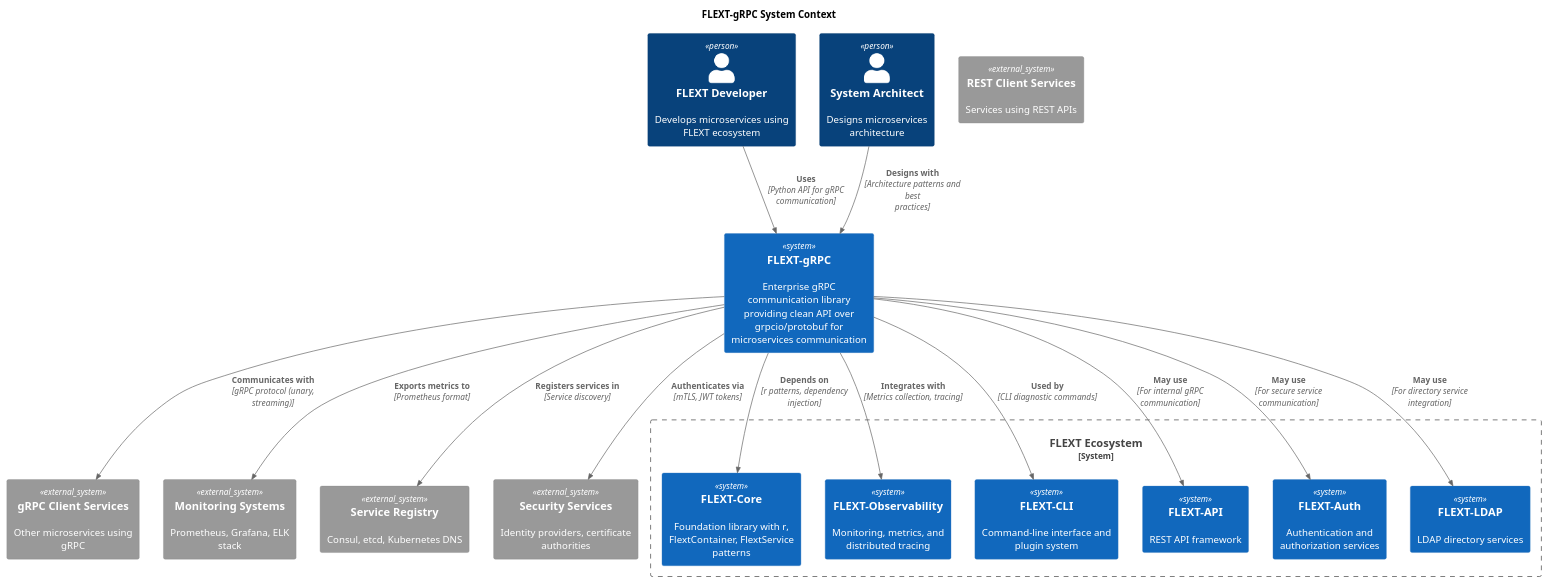
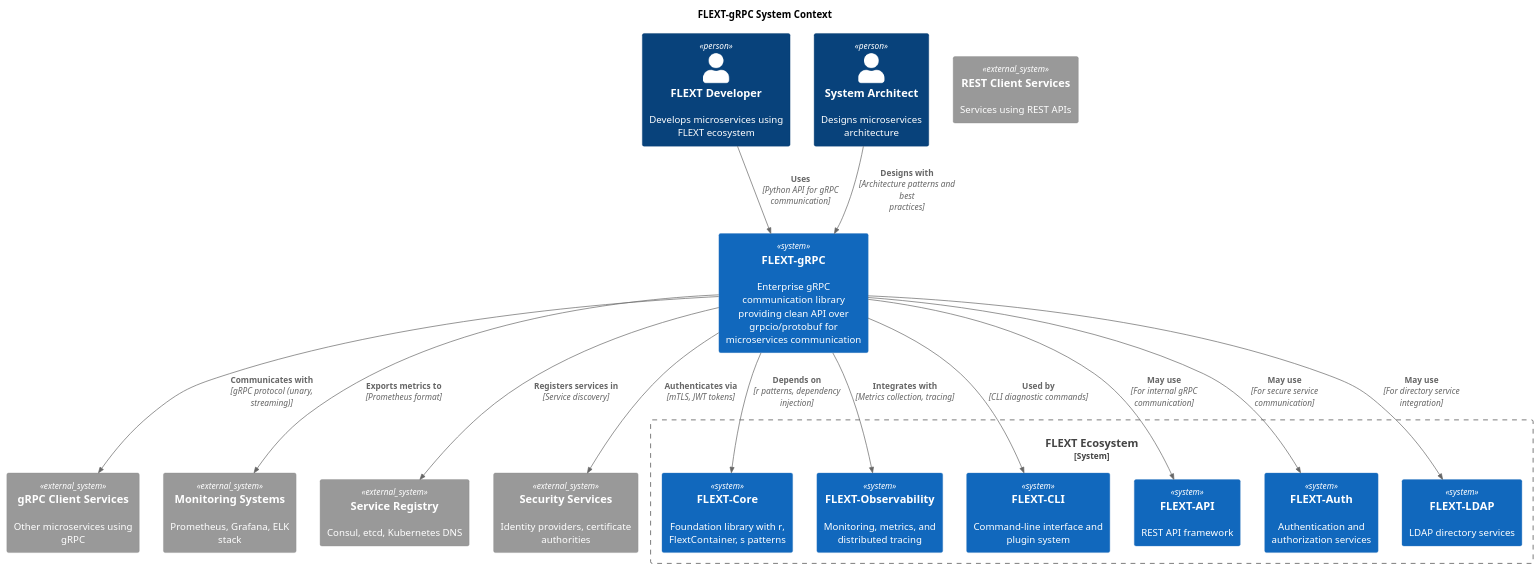
One commit to flext-sh/flext-grpc changed the diagram in docs/architecture/diagrams/context.puml. Above: the diagram before and after it, drawn with PlantUML. The commit also changed 18 other files, not shown here.

```diff
--- a/docs/architecture/diagrams/context.puml
+++ b/docs/architecture/diagrams/context.puml
@@ -1,42 +1,42 @@
 @startuml FLEXT-gRPC Context Diagram
 !include <C4/C4_Context>
 
 title FLEXT-gRPC System Context
 
 Person(user, "FLEXT Developer", "Develops microservices using FLEXT ecosystem")
 Person(architect, "System Architect", "Designs microservices architecture")
 
 System(flext_grpc, "FLEXT-gRPC", "Enterprise gRPC communication library providing clean API over grpcio/protobuf for microservices communication")
 
 System_Boundary(flext_ecosystem, "FLEXT Ecosystem") {
-    System(flext_core, "FLEXT-Core", "Foundation library with r, FlextContainer, FlextService patterns")
+    System(flext_core, "FLEXT-Core", "Foundation library with r, FlextContainer, s patterns")
     System(flext_observability, "FLEXT-Observability", "Monitoring, metrics, and distributed tracing")
     System(flext_cli, "FLEXT-CLI", "Command-line interface and plugin system")
     System(flext_api, "FLEXT-API", "REST API framework")
     System(flext_auth, "FLEXT-Auth", "Authentication and authorization services")
     System(flext_ldap, "FLEXT-LDAP", "LDAP directory services")
 }
 
 System_Ext(grpc_clients, "gRPC Client Services", "Other microservices using gRPC")
 System_Ext(rest_clients, "REST Client Services", "Services using REST APIs")
 System_Ext(monitoring, "Monitoring Systems", "Prometheus, Grafana, ELK stack")
 System_Ext(registry, "Service Registry", "Consul, etcd, Kubernetes DNS")
 System_Ext(security, "Security Services", "Identity providers, certificate authorities")
 
 Rel(user, flext_grpc, "Uses", "Python API for gRPC communication")
 Rel(architect, flext_grpc, "Designs with", "Architecture patterns and best practices")
 
 Rel(flext_grpc, flext_core, "Depends on", "r patterns, dependency injection")
 Rel(flext_grpc, flext_observability, "Integrates with", "Metrics collection, tracing")
 Rel(flext_grpc, flext_cli, "Used by", "CLI diagnostic commands")
 
 Rel(flext_grpc, grpc_clients, "Communicates with", "gRPC protocol (unary, streaming)")
 Rel(flext_grpc, monitoring, "Exports metrics to", "Prometheus format")
 Rel(flext_grpc, registry, "Registers services in", "Service discovery")
 Rel(flext_grpc, security, "Authenticates via", "mTLS, JWT tokens")
 
 Rel_Back(flext_api, flext_grpc, "May use", "For internal gRPC communication")
 Rel_Back(flext_auth, flext_grpc, "May use", "For secure service communication")
 Rel_Back(flext_ldap, flext_grpc, "May use", "For directory service integration")
 
 @enduml
```
